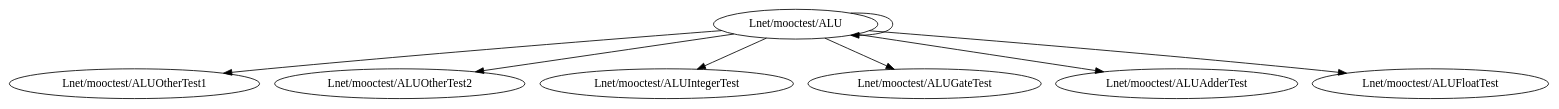
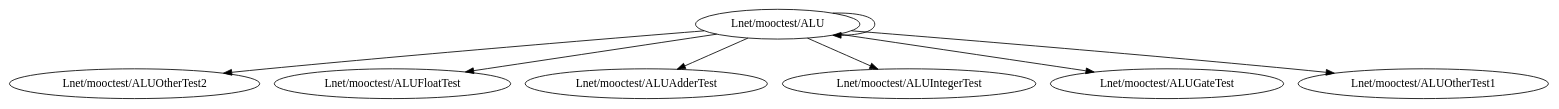
Before and after one commit to sunflower-zzn/AutomatedTesting2020: the diagram in Report/1-ALU-class.dot, drawn with Graphviz. The commit also changed 43 other files, not shown here.

```diff
--- a/Report/1-ALU-class.dot
+++ b/Report/1-ALU-class.dot
@@ -1,9 +1,9 @@
-digraph cmd_method {
-	"Lnet/mooctest/ALU" -> "Lnet/mooctest/ALUOtherTest1"
-	"Lnet/mooctest/ALU" -> "Lnet/mooctest/ALUOtherTest2"
-	"Lnet/mooctest/ALU" -> "Lnet/mooctest/ALUIntegerTest"
-	"Lnet/mooctest/ALU" -> "Lnet/mooctest/ALU"
-	"Lnet/mooctest/ALU" -> "Lnet/mooctest/ALUGateTest"
-	"Lnet/mooctest/ALU" -> "Lnet/mooctest/ALUAdderTest"
-	"Lnet/mooctest/ALU" -> "Lnet/mooctest/ALUFloatTest"
+digraph cmd_class {
+	"Lnet/mooctest/ALU" -> "Lnet/mooctest/ALUOtherTest2";
+	"Lnet/mooctest/ALU" -> "Lnet/mooctest/ALUFloatTest";
+	"Lnet/mooctest/ALU" -> "Lnet/mooctest/ALUAdderTest";
+	"Lnet/mooctest/ALU" -> "Lnet/mooctest/ALUIntegerTest";
+	"Lnet/mooctest/ALU" -> "Lnet/mooctest/ALUGateTest";
+	"Lnet/mooctest/ALU" -> "Lnet/mooctest/ALUOtherTest1";
+	"Lnet/mooctest/ALU" -> "Lnet/mooctest/ALU";
 }
```
